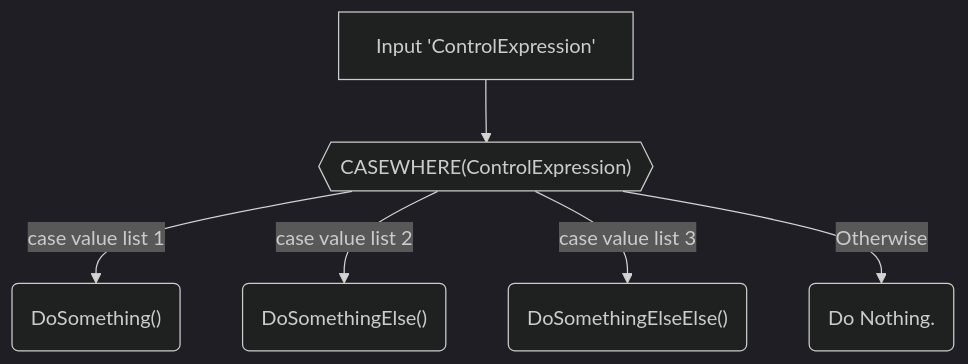
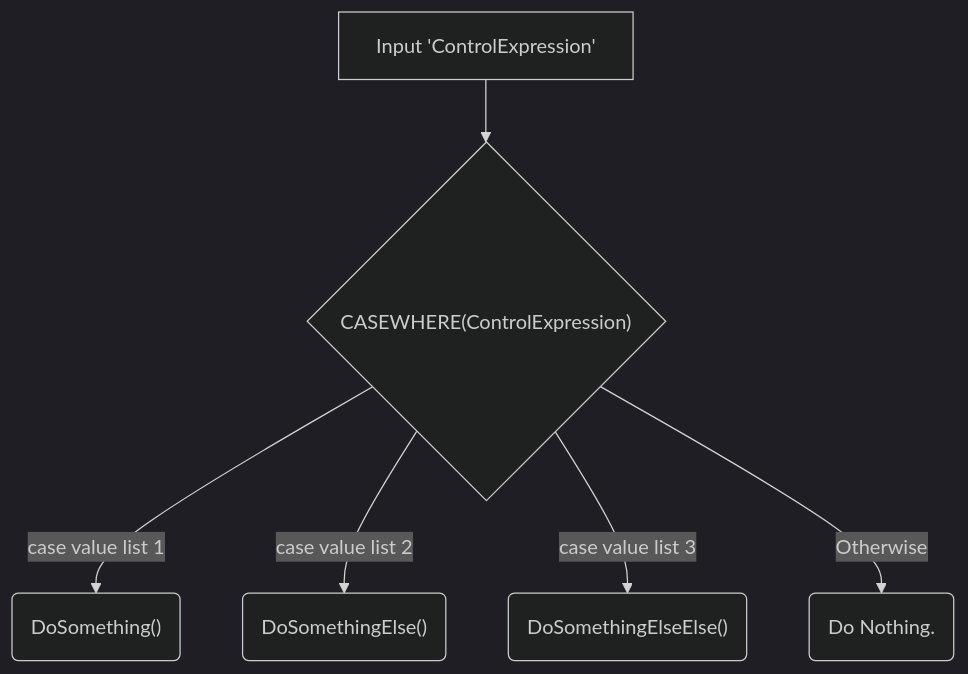
Before and after one commit to amydevs/php-assignments: the diagram in 3multiway/README.md, drawn with Mermaid (dark theme).

Commit message:
perenthesis

````diff
--- a/3multiway/README.md
+++ b/3multiway/README.md
@@ -21,14 +21,14 @@
 ```mermaid
 graph TD
 	input["Input 'ControlExpression'"]
-	casewhere{{"CASEWHERE(ControlExpression)"}}
+	casewhere{"CASEWHERE(ControlExpression)"}
 	B("DoSomething()")
 	C("DoSomethingElse()")
 	D("DoSomethingElseElse()")
 	E("Do Nothing.")
 	input --> casewhere
 	casewhere --> |case value list 1| B
 	casewhere --> |case value list 2| C
 	casewhere --> |case value list 3| D
 	casewhere --> |Otherwise| E
 ```
````
